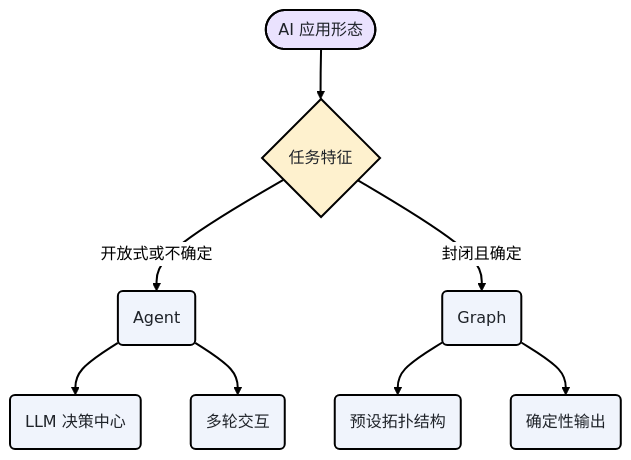
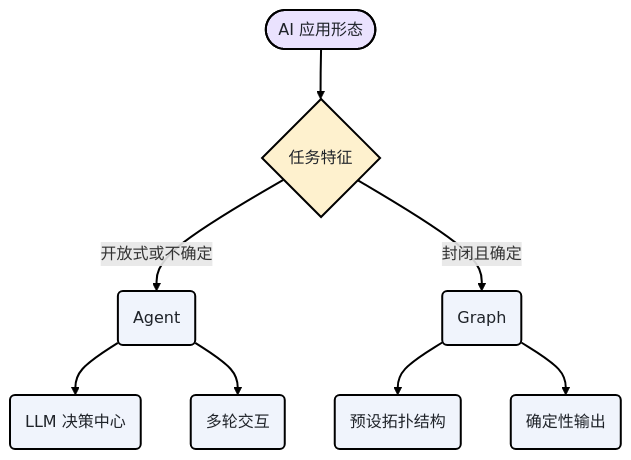
One commit to cloudwego/cloudwego.github.io changed the first of 10 diagrams in content/zh/docs/eino/overview/graph_or_agent.md. Above: the diagram before and after it, drawn with Mermaid. The commit also changed other lines of this file and 72 other files, not shown here.

````diff
--- a/content/zh/docs/eino/overview/graph_or_agent.md
+++ b/content/zh/docs/eino/overview/graph_or_agent.md
@@ -21,35 +21,30 @@
 ```mermaid
----
-config:
-  theme: 'neutral'
----
-
 flowchart TD
   linkStyle default stroke-width:2px,stroke:#000000
 
   classDef startend_style fill:#EAE2FE,stroke:#000000,stroke-width:2px,color:#1f2329
   classDef process_style fill:#F0F4FC,stroke:#000000,stroke-width:2px,color:#1f2329
   classDef decision_style fill:#FEF1CE,stroke:#000000,stroke-width:2px,color:#1f2329
   classDef subgraph_style fill:#f5f5f5,stroke:#bbbfc4,stroke-width:1px,color:#000000
 
   S(["AI 应用形态"]) 
   D{"任务特征"}
   A("Agent")
   G("Graph")
   A1("LLM 决策中心")
   A2("多轮交互")
   G1("预设拓扑结构")
   G2("确定性输出")
 
   S --> D
   D -->|"开放式或不确定"| A
   D -->|"封闭且确定"| G
   A --> A1
   A --> A2
   G --> G1
   G --> G2
 
   class S startend_style
   class D decision_style
   class A,G,A1,A2,G1,G2 process_style
 ```
````
